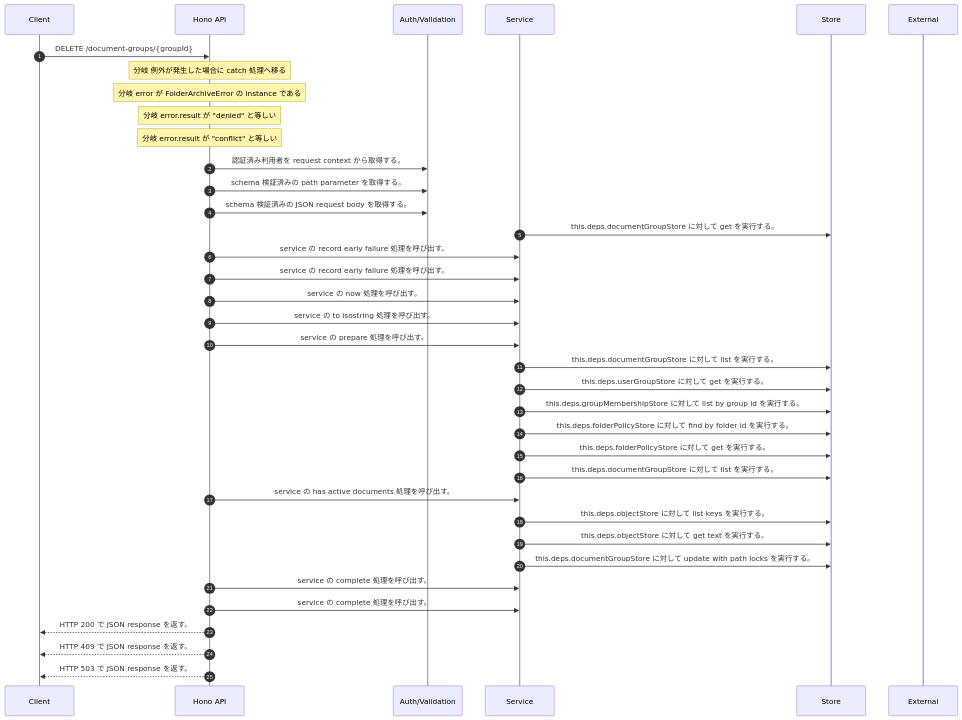
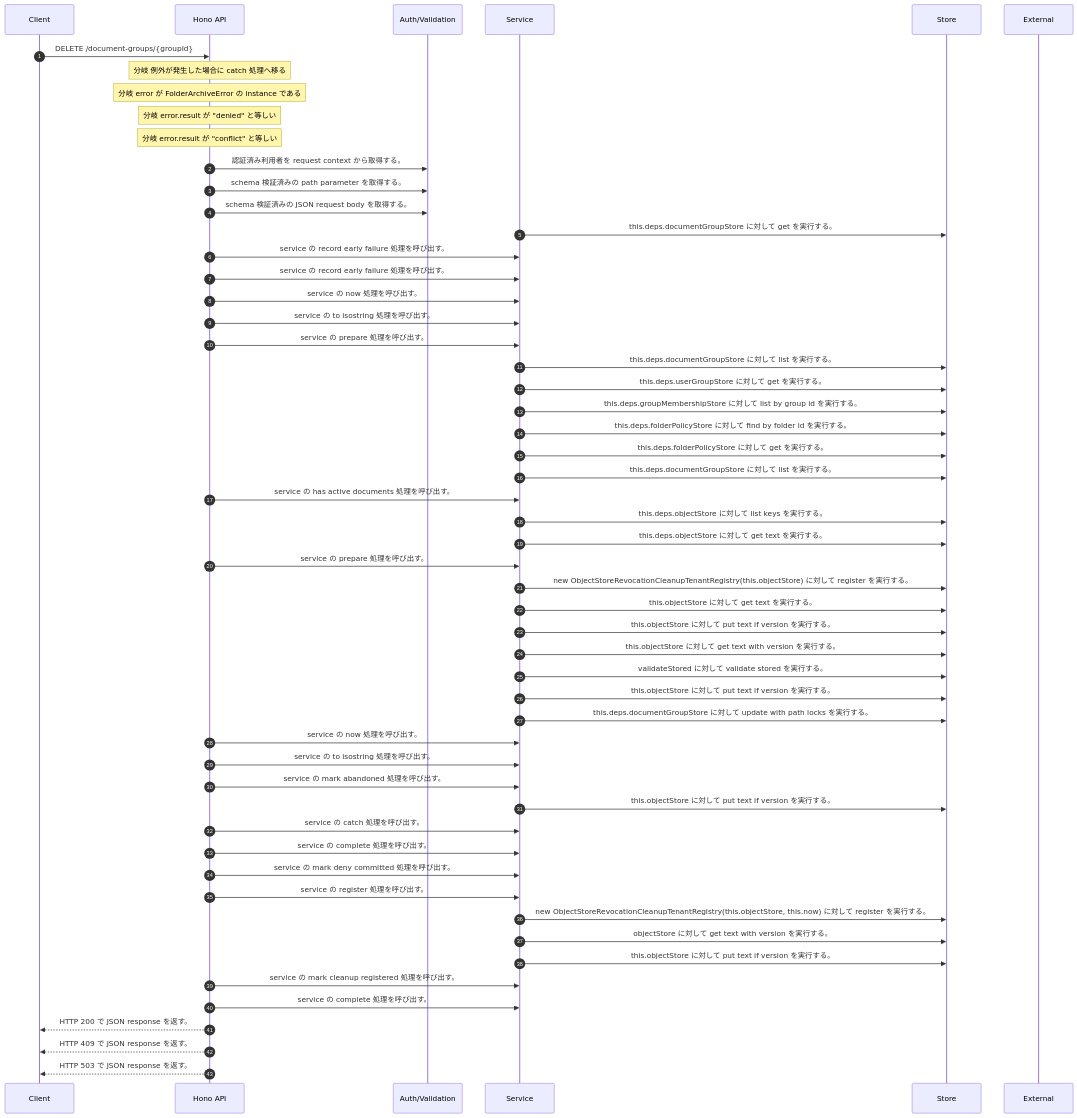
One commit to tsuji-tomonori/rag-assist changed the diagram in docs/generated/api-code/delete-document-groups-groupid/sequence_gen.md. Above: the diagram before and after it, drawn with Mermaid. The commit also changed other lines of this file and 18 other files, not shown here.

````diff
--- a/docs/generated/api-code/delete-document-groups-groupid/sequence_gen.md
+++ b/docs/generated/api-code/delete-document-groups-groupid/sequence_gen.md
@@ -7,39 +7,57 @@
 ```mermaid
 sequenceDiagram
   autonumber
   participant Client as Client
   participant API as Hono API
   participant Auth as Auth/Validation
   participant Service as Service
   participant Store as Store
   participant External as External
   Client->>API: DELETE /document-groups/{groupId}
   Note over API: 分岐 例外が発生した場合に catch 処理へ移る
   Note over API: 分岐 error が FolderArchiveError の instance である
   Note over API: 分岐 error.result が "denied" と等しい
   Note over API: 分岐 error.result が "conflict" と等しい
   API->>Auth: 認証済み利用者を request context から取得する。
   API->>Auth: schema 検証済みの path parameter を取得する。
   API->>Auth: schema 検証済みの JSON request body を取得する。
   Service->>Store: this.deps.documentGroupStore に対して get を実行する。
   API->>Service: service の record early failure 処理を呼び出す。
   API->>Service: service の record early failure 処理を呼び出す。
   API->>Service: service の now 処理を呼び出す。
   API->>Service: service の to isostring 処理を呼び出す。
   API->>Service: service の prepare 処理を呼び出す。
   Service->>Store: this.deps.documentGroupStore に対して list を実行する。
   Service->>Store: this.deps.userGroupStore に対して get を実行する。
   Service->>Store: this.deps.groupMembershipStore に対して list by group id を実行する。
   Service->>Store: this.deps.folderPolicyStore に対して find by folder id を実行する。
   Service->>Store: this.deps.folderPolicyStore に対して get を実行する。
   Service->>Store: this.deps.documentGroupStore に対して list を実行する。
   API->>Service: service の has active documents 処理を呼び出す。
   Service->>Store: this.deps.objectStore に対して list keys を実行する。
   Service->>Store: this.deps.objectStore に対して get text を実行する。
+  API->>Service: service の prepare 処理を呼び出す。
+  Service->>Store: new ObjectStoreRevocationCleanupTenantRegistry(this.objectStore) に対して register を実行する。
+  Service->>Store: this.objectStore に対して get text を実行する。
+  Service->>Store: this.objectStore に対して put text if version を実行する。
+  Service->>Store: this.objectStore に対して get text with version を実行する。
+  Service->>Store: validateStored に対して validate stored を実行する。
+  Service->>Store: this.objectStore に対して put text if version を実行する。
   Service->>Store: this.deps.documentGroupStore に対して update with path locks を実行する。
+  API->>Service: service の now 処理を呼び出す。
+  API->>Service: service の to isostring 処理を呼び出す。
+  API->>Service: service の mark abandoned 処理を呼び出す。
+  Service->>Store: this.objectStore に対して put text if version を実行する。
+  API->>Service: service の catch 処理を呼び出す。
   API->>Service: service の complete 処理を呼び出す。
+  API->>Service: service の mark deny committed 処理を呼び出す。
+  API->>Service: service の register 処理を呼び出す。
+  Service->>Store: new ObjectStoreRevocationCleanupTenantRegistry(this.objectStore, this.now) に対して register を実行する。
+  Service->>Store: objectStore に対して get text with version を実行する。
+  Service->>Store: this.objectStore に対して put text if version を実行する。
+  API->>Service: service の mark cleanup registered 処理を呼び出す。
   API->>Service: service の complete 処理を呼び出す。
   API-->>Client: HTTP 200 で JSON response を返す。
   API-->>Client: HTTP 409 で JSON response を返す。
   API-->>Client: HTTP 503 で JSON response を返す。
 ```
````
